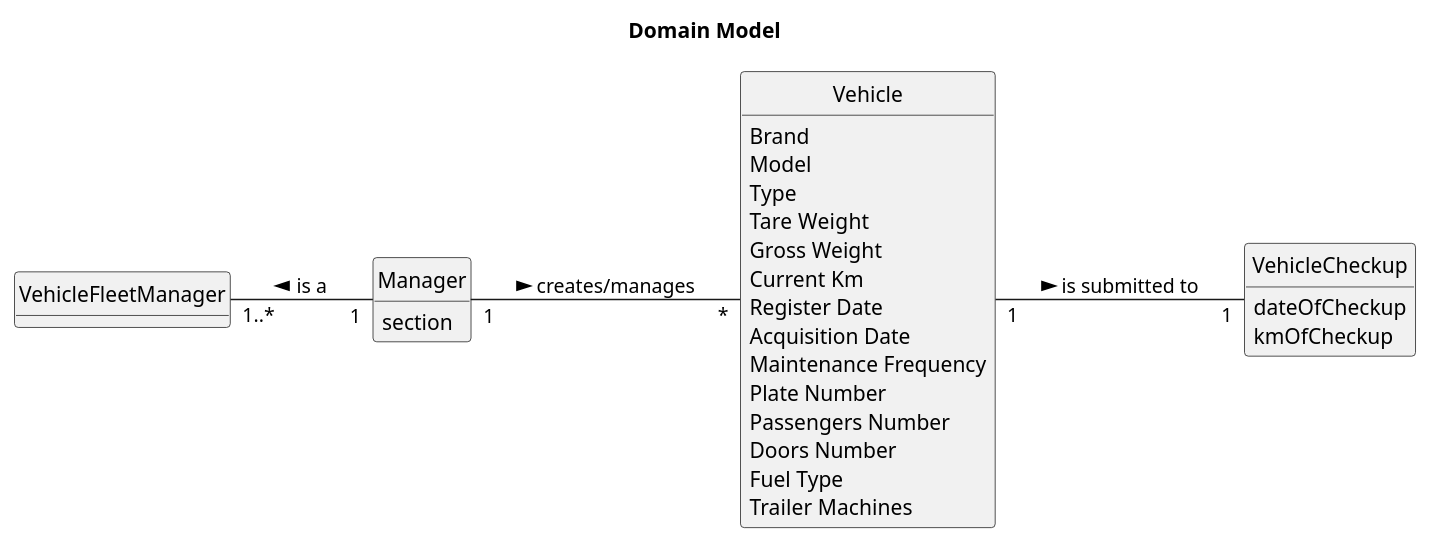
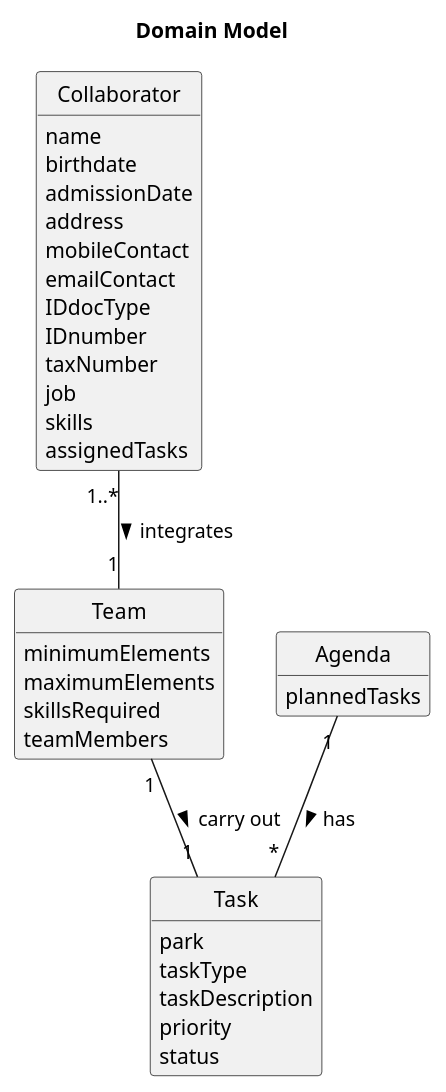
One commit to Paulo-Pereira-at-ISEP/lei-24-s2-1nanb-g321 changed the diagram in docs/sprintC/us28/02.analysis/puml/us28-domain-model.puml. Above: the diagram before and after it, drawn with PlantUML. The commit also changed 1 other file, not shown here.

```diff
--- a/docs/sprintC/us28/02.analysis/puml/us28-domain-model.puml
+++ b/docs/sprintC/us28/02.analysis/puml/us28-domain-model.puml
@@ -1,50 +1,56 @@
 @startuml
 skinparam monochrome true
 skinparam packageStyle rectangle
 skinparam shadowing false
 
-left to right direction
+'left to right direction
 
 skinparam classAttributeIconSize 0
 
 hide circle
 hide methods
 
 title Domain Model
 
-class VehicleFleetManager {
+class Collaborator {
+    name
+    birthdate
+    admissionDate
+    address
+    mobileContact
+    emailContact
+    IDdocType
+    IDnumber
+    taxNumber
+    job
+    skills
+    assignedTasks
 
 }
 
-class VehicleCheckup{
-    dateOfCheckup
-    kmOfCheckup
+class Team {
+    minimumElements
+    maximumElements
+    skillsRequired
+    teamMembers
 }
 
-class Manager {
-    section
+class Task {
+    park
+    taskType
+    taskDescription
+    priority
+    status
 }
 
-class Vehicle {
-    Brand
-    Model
-    Type
-    Tare Weight
-    Gross Weight
-    Current Km
-    Register Date
-    Acquisition Date
-    Maintenance Frequency
-    Plate Number
-    Passengers Number
-    Doors Number
-    Fuel Type
-    Trailer Machines
+class Agenda {
+    plannedTasks
 }
 
-Manager "1" -- "*" Vehicle: creates/manages >
-Manager "1" --up "1..*" VehicleFleetManager: is a >
-Vehicle "1" -- "1" VehicleCheckup: is submitted to >
+Collaborator "1..*" -- "1" Team: integrates >
 
+Team "1" -- "1" Task: carry out >
+
+Agenda "1" -- "*" Task: has >
 
 @enduml
```
